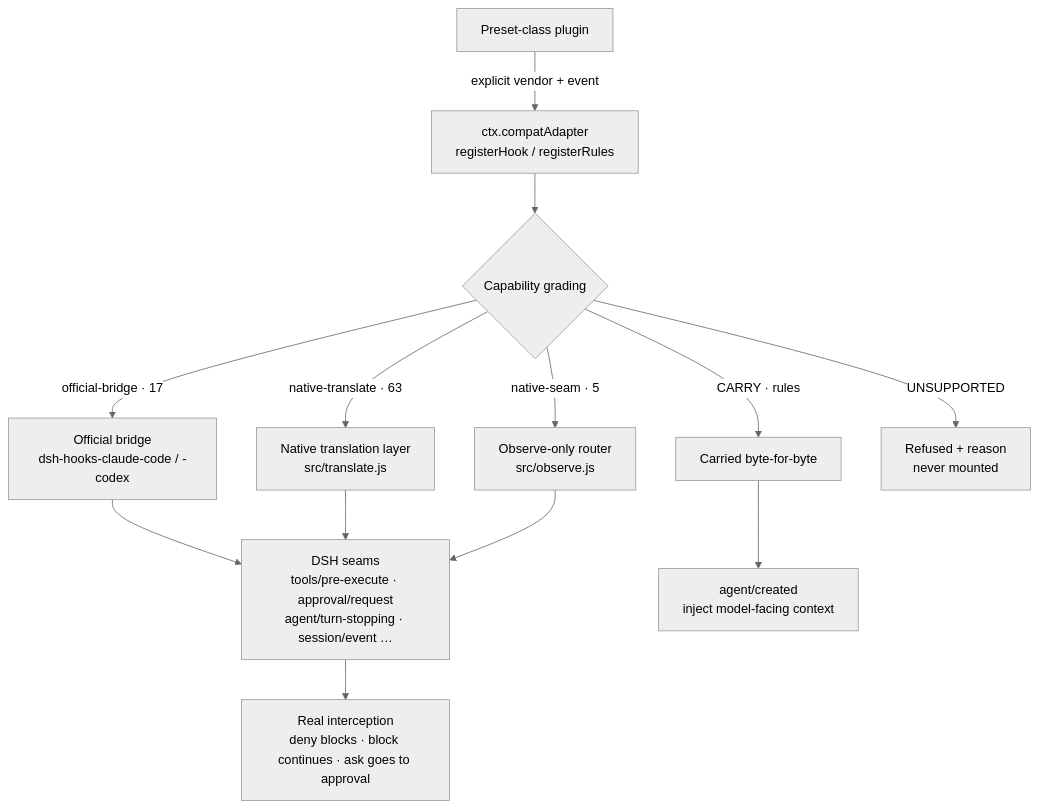
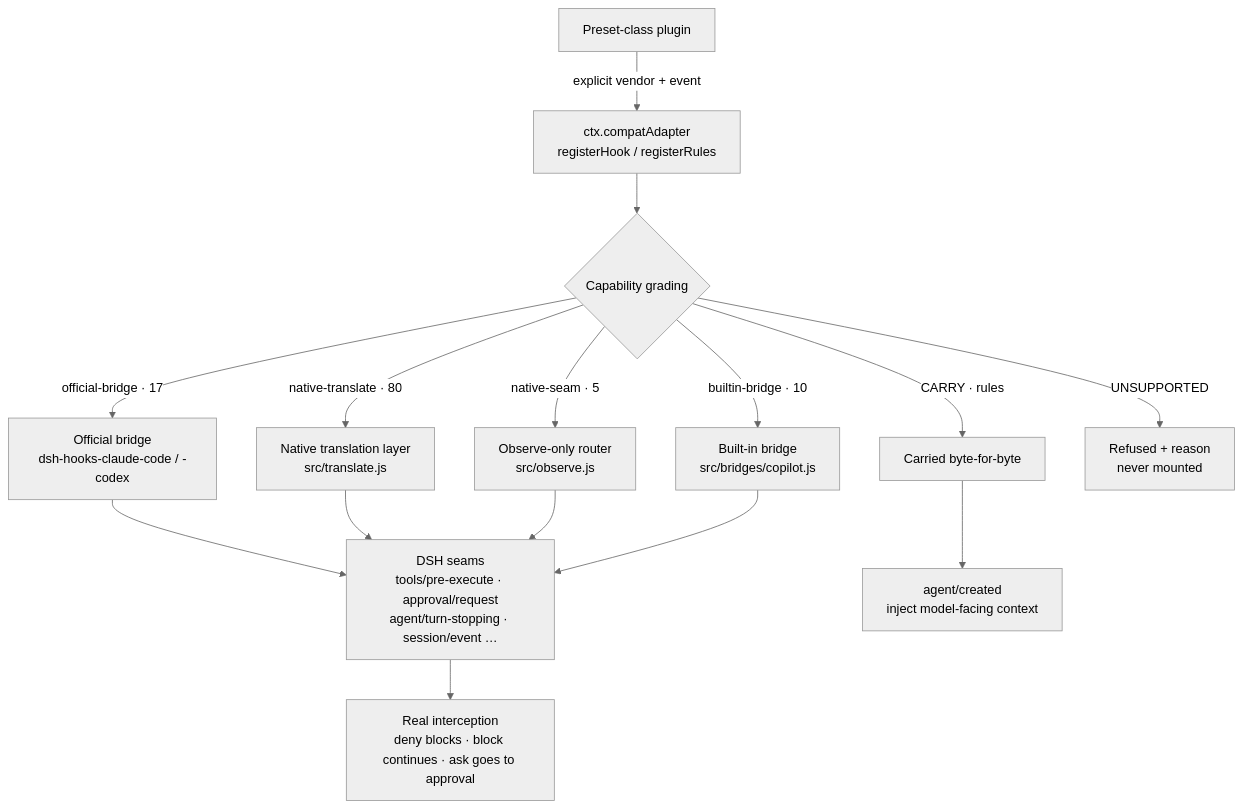
The diagram in README.en.md (denceee/dsh-compat-adapter), drawn with Mermaid (neutral theme) before and after one commit. The commit also changed other lines of this file and 4 other files, not shown here.

````diff
--- a/README.en.md
+++ b/README.en.md
@@ -120,15 +120,17 @@
 ```mermaid
 flowchart TB
     P["Preset-class plugin"] -->|"explicit vendor + event"| S["ctx.compatAdapter<br/>registerHook / registerRules"]
     S --> G{"Capability grading"}
     G -->|"official-bridge · 17"| B["Official bridge<br/>dsh-hooks-claude-code / -codex"]
-    G -->|"native-translate · 63"| T["Native translation layer<br/>src/translate.js"]
+    G -->|"native-translate · 80"| T["Native translation layer<br/>src/translate.js"]
     G -->|"native-seam · 5"| O["Observe-only router<br/>src/observe.js"]
+    G -->|"builtin-bridge · 10"| BB["Built-in bridge<br/>src/bridges/copilot.js"]
     G -->|"CARRY · rules"| R["Carried byte-for-byte"]
     G -->|"UNSUPPORTED"| X["Refused + reason<br/>never mounted"]
     B --> SEAM["DSH seams<br/>tools/pre-execute · approval/request<br/>agent/turn-stopping · session/event …"]
     T --> SEAM
     O --> SEAM
+    BB --> SEAM
     R --> CTX["agent/created<br/>inject model-facing context"]
     SEAM --> RUN["Real interception<br/>deny blocks · block continues · ask goes to approval"]
 ```
````
